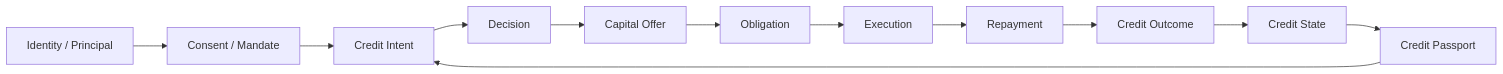
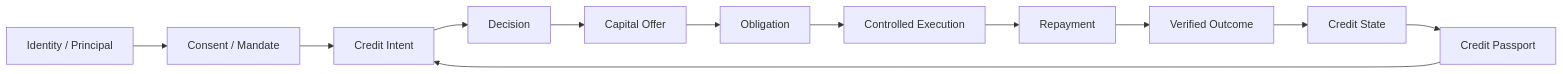
One commit to CPTM511/IPO.ONE changed the first of 6 diagrams in README.md. Above: the diagram before and after it, drawn with Mermaid. The commit also changed other lines of this file and 13 other files, not shown here.

````diff
--- a/README.md
+++ b/README.md
@@ -58,14 +47,14 @@
 ```mermaid
 flowchart LR
     Identity["Identity / Principal"] --> Authority["Consent / Mandate"]
     Authority --> Intent["Credit Intent"]
     Intent --> Decision["Decision"]
     Decision --> Offer["Capital Offer"]
     Offer --> Obligation["Obligation"]
-    Obligation --> Execution["Execution"]
+    Obligation --> Execution["Controlled Execution"]
     Execution --> Repayment["Repayment"]
-    Repayment --> Outcome["Credit Outcome"]
+    Repayment --> Outcome["Verified Outcome"]
     Outcome --> State["Credit State"]
     State --> Passport["Credit Passport"]
     Passport --> Intent
 ```
````
